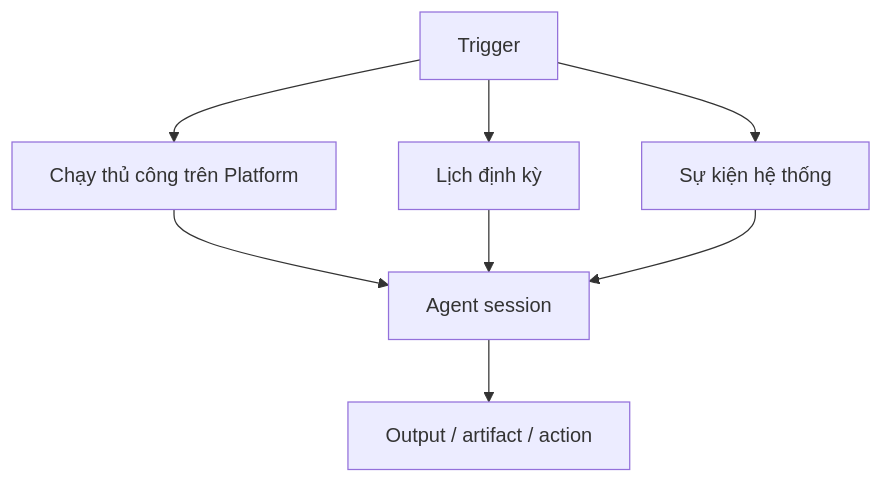
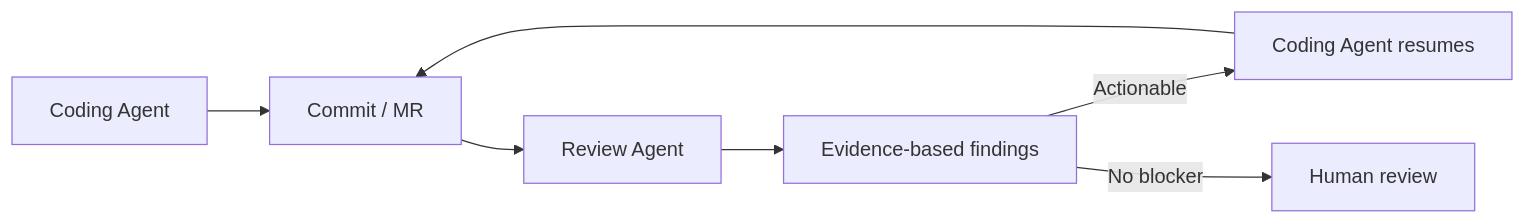
The sixth of 15 diagrams in OPENAI_AGENTS_GUIDE_VI.md (huynv-xyz/vhm), drawn with Mermaid before and after one commit. The commit also changed other lines of this file, not shown here.

````diff
--- a/OPENAI_AGENTS_GUIDE_VI.md
+++ b/OPENAI_AGENTS_GUIDE_VI.md
@@ -225,10 +415,9 @@
 ```mermaid
-flowchart TD
-    TR[Trigger] --> MAN[Chạy thủ công trên Platform]
-    TR --> SCH[Lịch định kỳ]
-    TR --> EVT[Sự kiện hệ thống]
-    MAN --> SESSION[Agent session]
-    SCH --> SESSION
-    EVT --> SESSION
-    SESSION --> RESULT[Output / artifact / action]
+flowchart LR
+    CA[Coding Agent] --> MR[Commit / MR]
+    MR --> RA[Review Agent]
+    RA --> F[Evidence-based findings]
+    F -->|Actionable| FIX[Coding Agent resumes]
+    FIX --> MR
+    F -->|No blocker| H[Human review]
 ```
````
